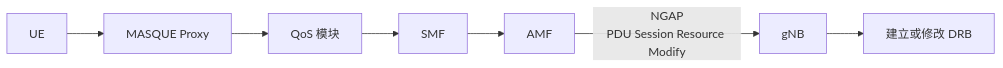
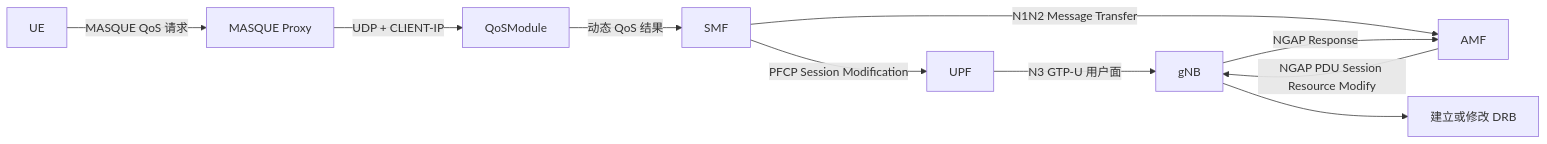
The first of 2 diagrams in 基站侧随路QoS需求文档.md (acore2026/QoSModule), drawn with Mermaid before and after one commit. The commit also changed other lines of this file and 19 other files, not shown here.

````diff
--- a/基站侧随路QoS需求文档.md
+++ b/基站侧随路QoS需求文档.md
@@ -20,9 +21,12 @@
 ```mermaid
 flowchart LR
-    UE[UE] --> MASQUE[MASQUE Proxy]
-    MASQUE --> QOS[QoS 模块]
-    QOS --> SMF[SMF]
-    SMF --> AMF[AMF]
-    AMF -->|NGAP<br/>PDU Session Resource Modify| GNB[gNB]
+    UE[UE] -->|MASQUE QoS 请求| PROXY[MASQUE Proxy]
+    PROXY -->|UDP + CLIENT-IP| QOS[QoSModule]
+    QOS -->|动态 QoS 结果| SMF[SMF]
+    SMF -->|PFCP Session Modification| UPF[UPF]
+    SMF -->|N1N2 Message Transfer| AMF[AMF]
+    AMF -->|NGAP PDU Session Resource Modify| GNB[gNB]
+    GNB -->|NGAP Response| AMF
+    UPF -->|N3 GTP-U 用户面| GNB
     GNB --> DRB[建立或修改 DRB]
 ```
````
